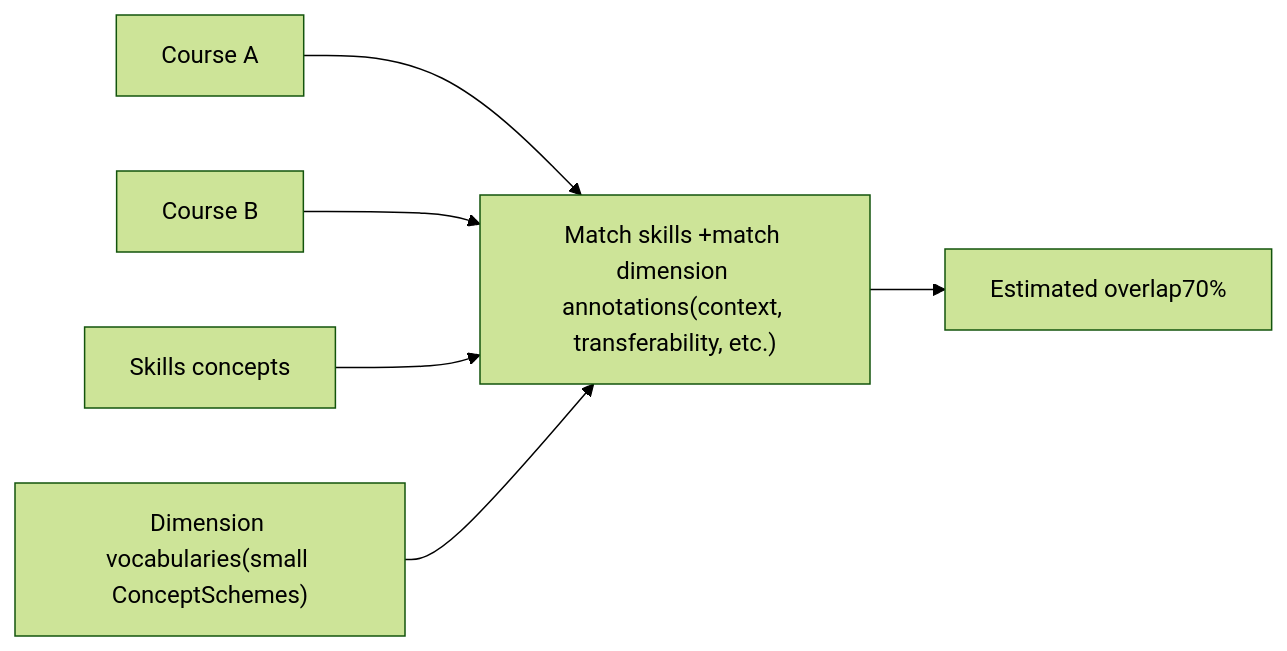
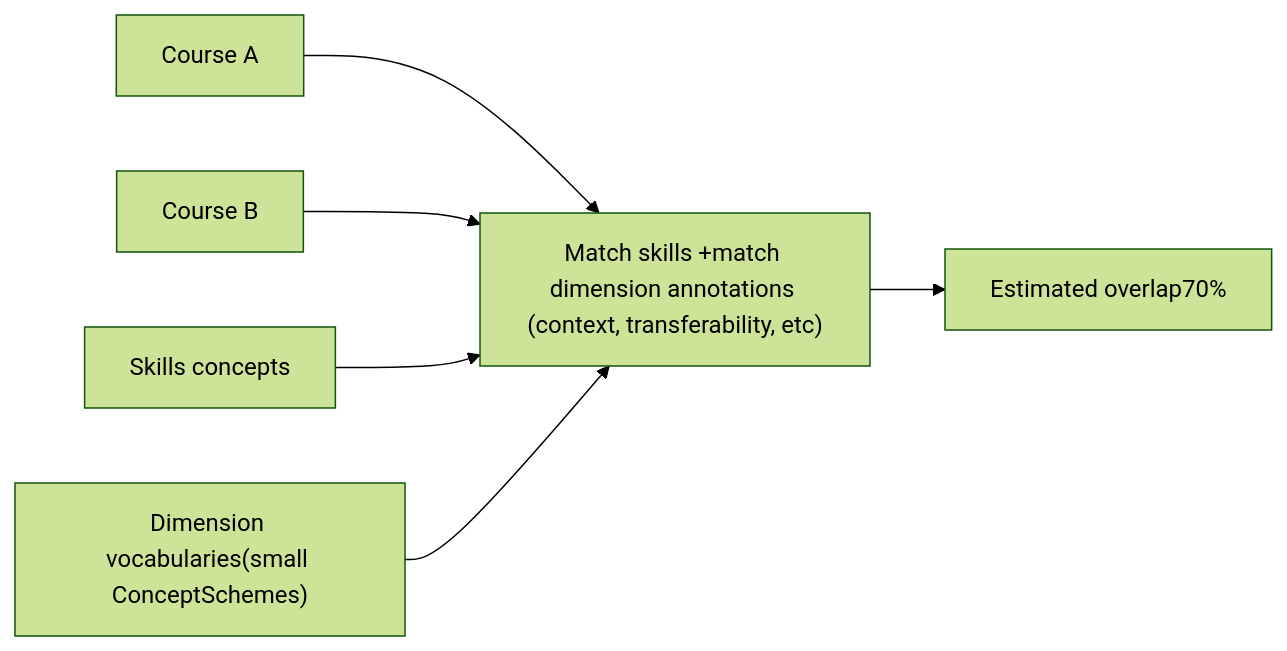
The seventh of 18 diagrams in reports/creditTransfer.md (leskneebone/skills-SPARQL), drawn with Mermaid (forest theme) before and after one commit. The commit also changed other lines of this file, not shown here.

````diff
--- a/reports/creditTransfer.md
+++ b/reports/creditTransfer.md
@@ -71,8 +71,8 @@
 ```mermaid
 flowchart LR
-  A["Course A"] --> M["Match skills +match dimension annotations(context, transferability, etc.)"]
+  A["Course A"] --> M["Match skills +match dimension annotations (context, transferability, etc)"]
   B["Course B"] --> M
   S["Skills concepts"] --> M
   D["Dimension vocabularies(small ConceptSchemes)"] --> M
   M --> O["Estimated overlap70%"]
 ```
````
